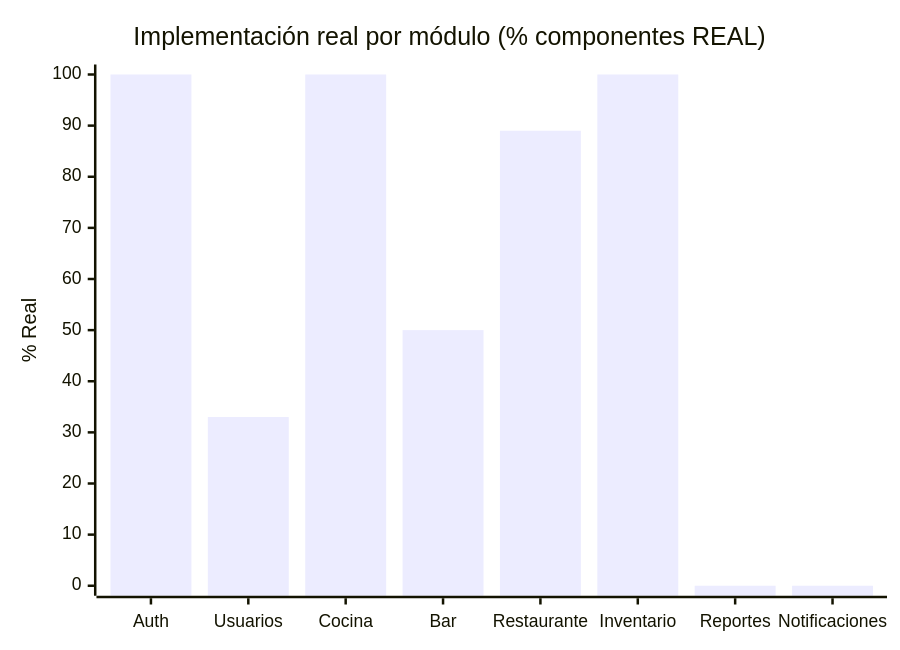
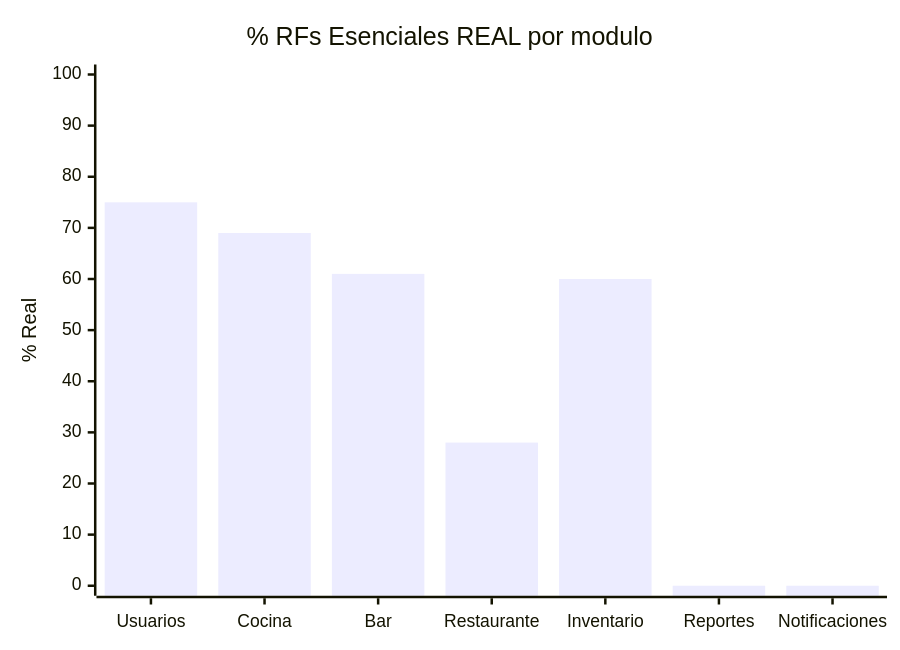
The second of 4 diagrams in .ai/nav-map.md (Brian7st/GastrosenaFrontend), drawn with Mermaid before and after one commit. The commit also changed other lines of this file, not shown here.

Commit message:
docs: auditoria por RFs esenciales - 52% implementado de 92 RFs

````diff
--- a/.ai/nav-map.md
+++ b/.ai/nav-map.md
@@ -29,7 +30,7 @@
 ```mermaid
 xychart-beta
-    title "Implementación real por módulo (% componentes REAL)"
-    x-axis ["Auth", "Usuarios", "Cocina", "Bar", "Restaurante", "Inventario", "Reportes", "Notificaciones"]
+    title "% RFs Esenciales REAL por modulo"
+    x-axis ["Usuarios", "Cocina", "Bar", "Restaurante", "Inventario", "Reportes", "Notificaciones"]
     y-axis "% Real" 0 --> 100
-    bar [100, 33, 100, 50, 89, 100, 0, 0]
+    bar [75, 69, 61, 28, 60, 0, 0]
 ```
````
